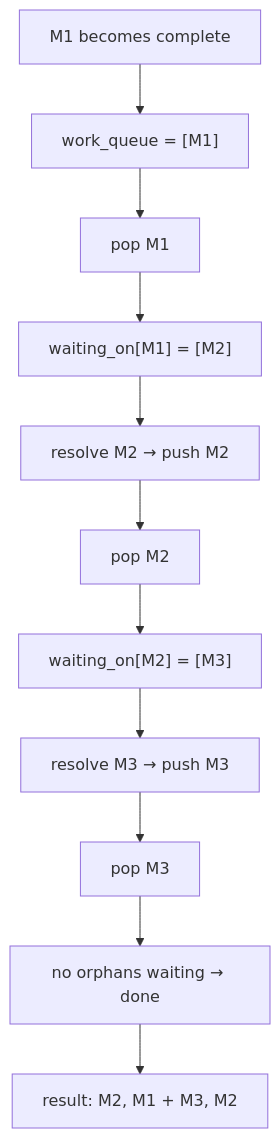
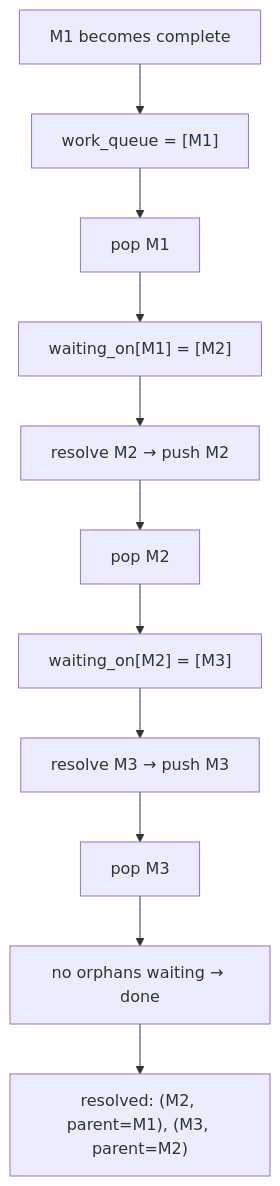
Before and after one commit to leon0399/ember: the third of 7 diagrams in docs/merkle-dag.md, drawn with Mermaid. The commit also changed other lines of this file, not shown here.

````diff
--- a/docs/merkle-dag.md
+++ b/docs/merkle-dag.md
@@ -78,13 +83,13 @@
 ```mermaid
 flowchart TD
     Start["M1 becomes complete"] --> Q1["work_queue = [M1]"]
     Q1 --> Pop1["pop M1"]
     Pop1 --> Lookup1["waiting_on[M1] = [M2]"]
     Lookup1 --> Resolve1["resolve M2 → push M2"]
     Resolve1 --> Pop2["pop M2"]
     Pop2 --> Lookup2["waiting_on[M2] = [M3]"]
     Lookup2 --> Resolve2["resolve M3 → push M3"]
     Resolve2 --> Pop3["pop M3"]
     Pop3 --> Empty["no orphans waiting → done"]
-    Empty --> Result["result: M2, M1 + M3, M2"]
+    Empty --> Result["resolved: (M2, parent=M1), (M3, parent=M2)"]
 ```
````
